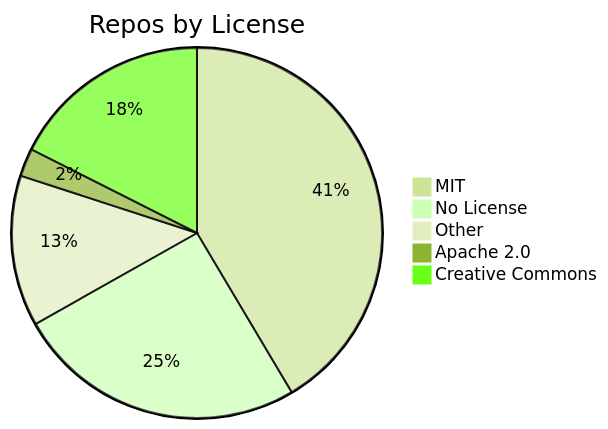
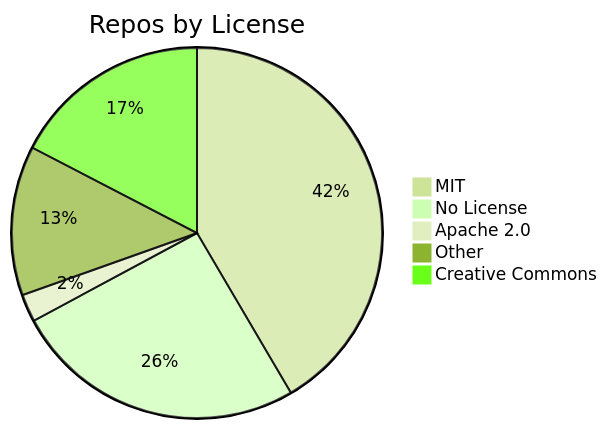
The diagram in README.md (jpatterson933/awesome-mcp-server-repo-index), drawn with Mermaid (forest theme) before and after one commit. The commit also changed other lines of this file and 7 other files, not shown here.

````diff
--- a/README.md
+++ b/README.md
@@ -31,8 +31,8 @@
 ```mermaid
 pie title Repos by License
-    "MIT" : 85
-    "No License" : 52
+    "MIT" : 86
+    "No License" : 53
+    "Apache 2.0" : 5
     "Other" : 27
-    "Apache 2.0" : 5
     "Creative Commons" : 36
 ```
````
